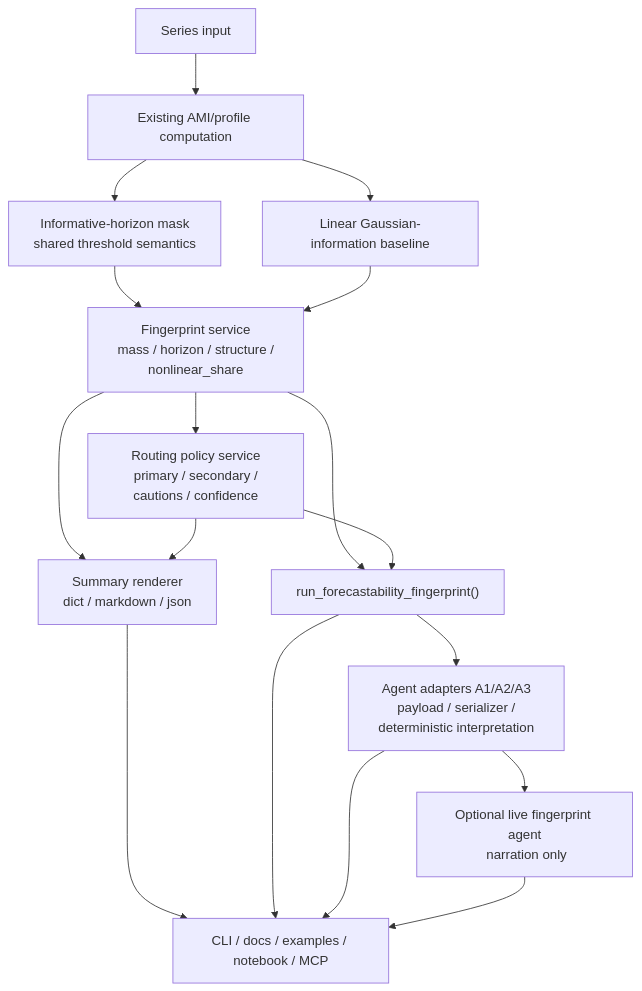
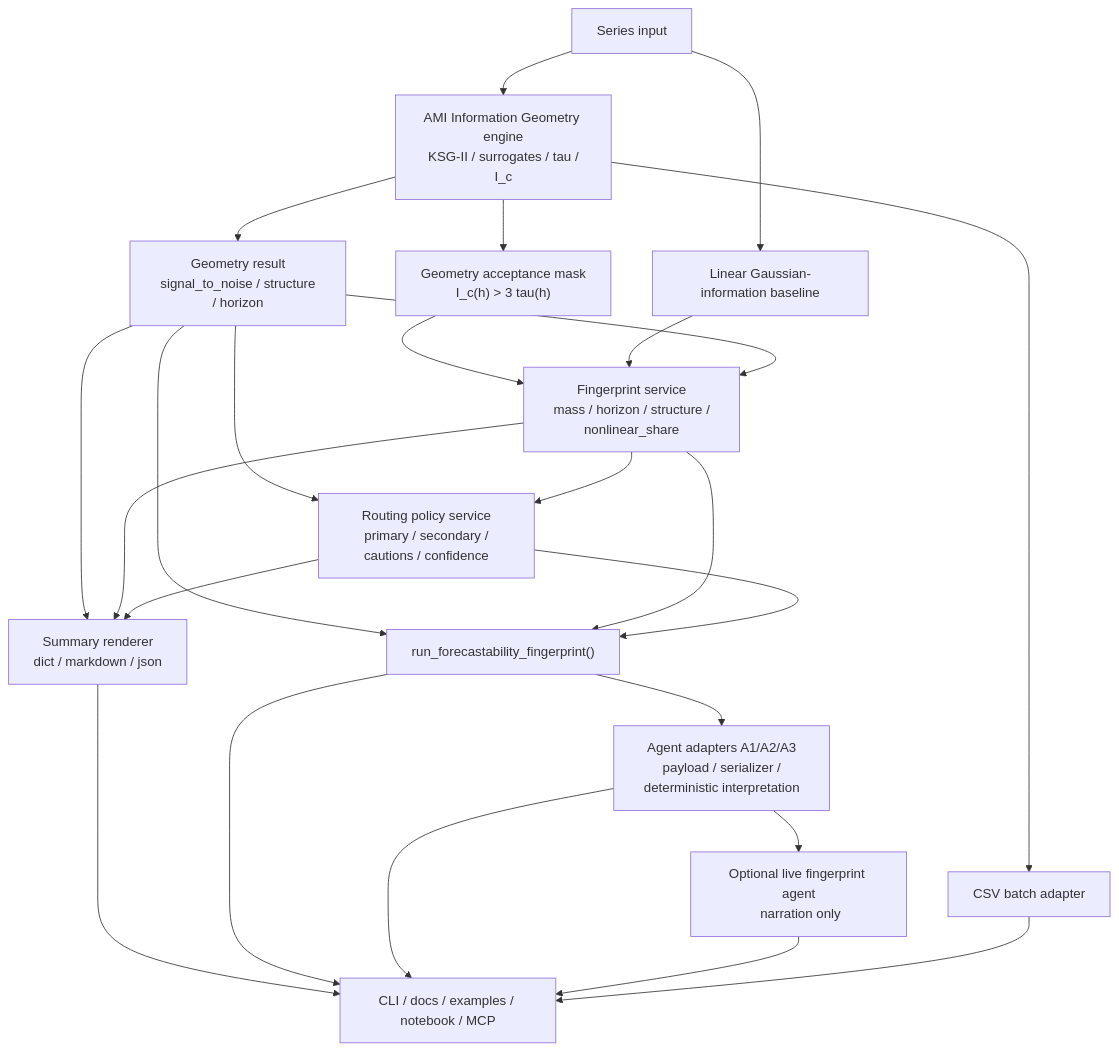
Before and after one commit to AdamKrysztopa/dependence-forecastability: the diagram in docs/plan/v0_3_1_forecastability_fingerprint_model_routing_plan.md, drawn with Mermaid. The commit also changed other lines of this file and 15 other files, not shown here.

Commit message:
Add batch forecastability workbench

````diff
--- a/docs/plan/v0_3_1_forecastability_fingerprint_model_routing_plan.md
+++ b/docs/plan/v0_3_1_forecastability_fingerprint_model_routing_plan.md
@@ -991,19 +1237,26 @@
 ```mermaid
 flowchart TD
-    A["Series input"] --> B["Existing AMI/profile computation"]
-    B --> C["Informative-horizon mask\nshared threshold semantics"]
-    B --> D["Linear Gaussian-information baseline"]
-    C --> E["Fingerprint service\n mass / horizon / structure / nonlinear_share"]
-    D --> E
-    E --> F["Routing policy service\n primary / secondary / cautions / confidence"]
-    E --> G["Summary renderer\n dict / markdown / json"]
+    A["Series input"] --> B["AMI Information Geometry engine\n KSG-II / surrogates / tau / I_c"]
+    A --> C["Linear Gaussian-information baseline"]
+    B --> D["Geometry acceptance mask\n I_c(h) > 3 tau(h)"]
+    B --> E["Geometry result\n signal_to_noise / structure / horizon"]
+    D --> F["Fingerprint service\n mass / horizon / structure / nonlinear_share"]
+    C --> F
+    E --> F
+    E --> G["Routing policy service\n primary / secondary / cautions / confidence"]
     F --> G
-    E --> H["run_forecastability_fingerprint()"]
+    E --> H["Summary renderer\n dict / markdown / json"]
     F --> H
-    H --> I["Agent adapters A1/A2/A3\n payload / serializer / deterministic interpretation"]
-    I --> J["Optional live fingerprint agent\n narration only"]
-    G --> K["CLI / docs / examples / notebook / MCP"]
-    H --> K
-    I --> K
-    J --> K
+    G --> H
+    E --> I["run_forecastability_fingerprint()"]
+    F --> I
+    G --> I
+    I --> J["Agent adapters A1/A2/A3\n payload / serializer / deterministic interpretation"]
+    J --> K["Optional live fingerprint agent\n narration only"]
+    B --> L["CSV batch adapter"]
+    H --> M["CLI / docs / examples / notebook / MCP"]
+    I --> M
+    J --> M
+    K --> M
+    L --> M
 ```
````
